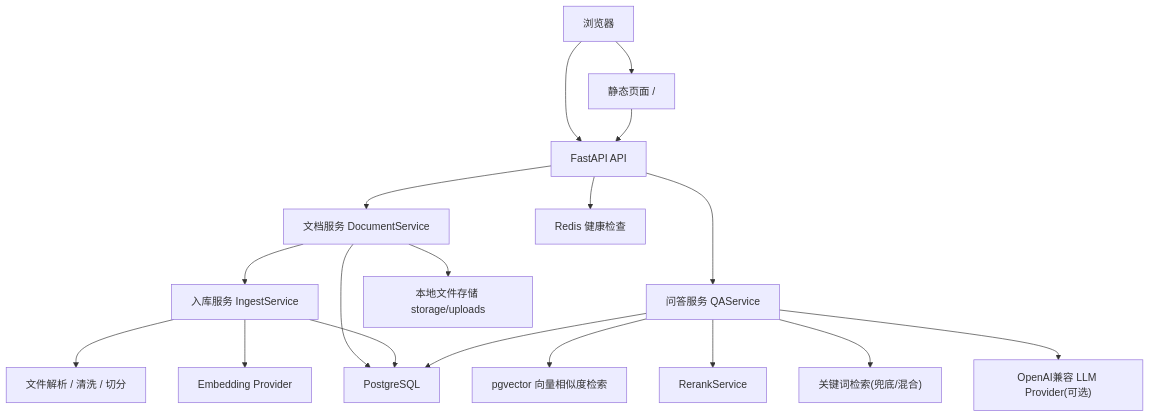
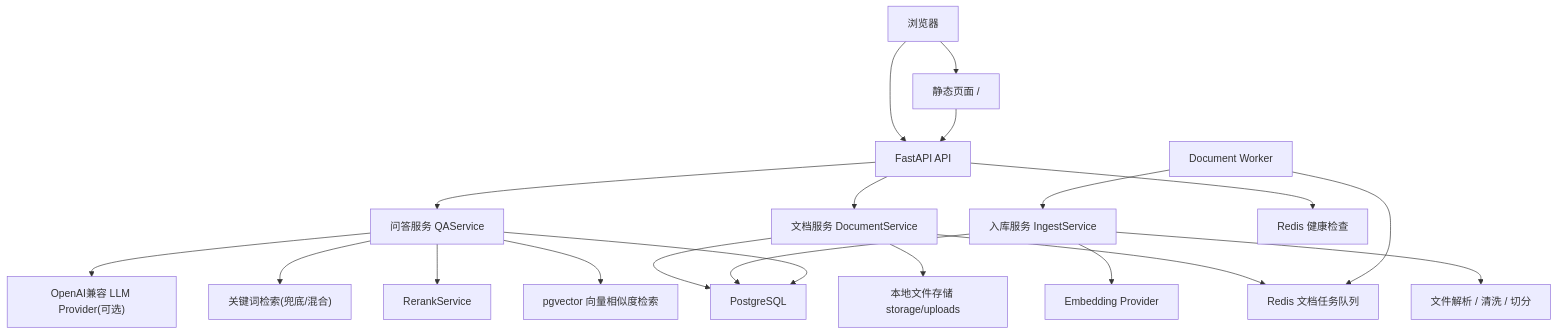
Before and after one commit to zishuo-xu/rag: the first of 5 diagrams in 当前项目架构说明.md, drawn with Mermaid. The commit also changed other lines of this file and 4 other files, not shown here.

Commit message:
改用 Redis 队列和独立 Worker 处理文档任务

````diff
--- a/当前项目架构说明.md
+++ b/当前项目架构说明.md
@@ -22,20 +22,22 @@
 ```mermaid
 flowchart TD
     U["浏览器"] --> P["静态页面 /"]
     U --> A["FastAPI API"]
     P --> A
     A --> S["文档服务 DocumentService"]
-    S --> I["入库服务 IngestService"]
+    S --> TQ["Redis 文档任务队列"]
+    W["Document Worker"] --> TQ
+    W --> I["入库服务 IngestService"]
     I --> F["文件解析 / 清洗 / 切分"]
     I --> E["Embedding Provider"]
     A --> Q["问答服务 QAService"]
     Q --> V["pgvector 向量相似度检索"]
     Q --> RR["RerankService"]
     Q --> K["关键词检索(兜底/混合)"]
     Q --> L["OpenAI兼容 LLM Provider(可选)"]
     S --> DB["PostgreSQL"]
     I --> DB
     Q --> DB
     A --> R["Redis 健康检查"]
     S --> FS["本地文件存储 storage/uploads"]
 ```
````
